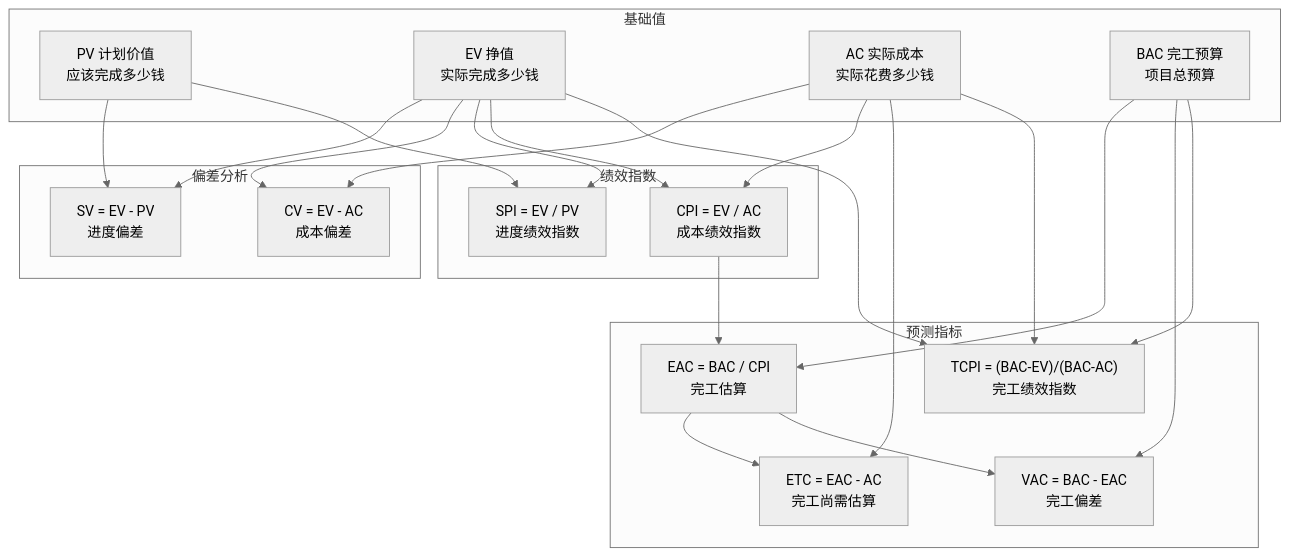
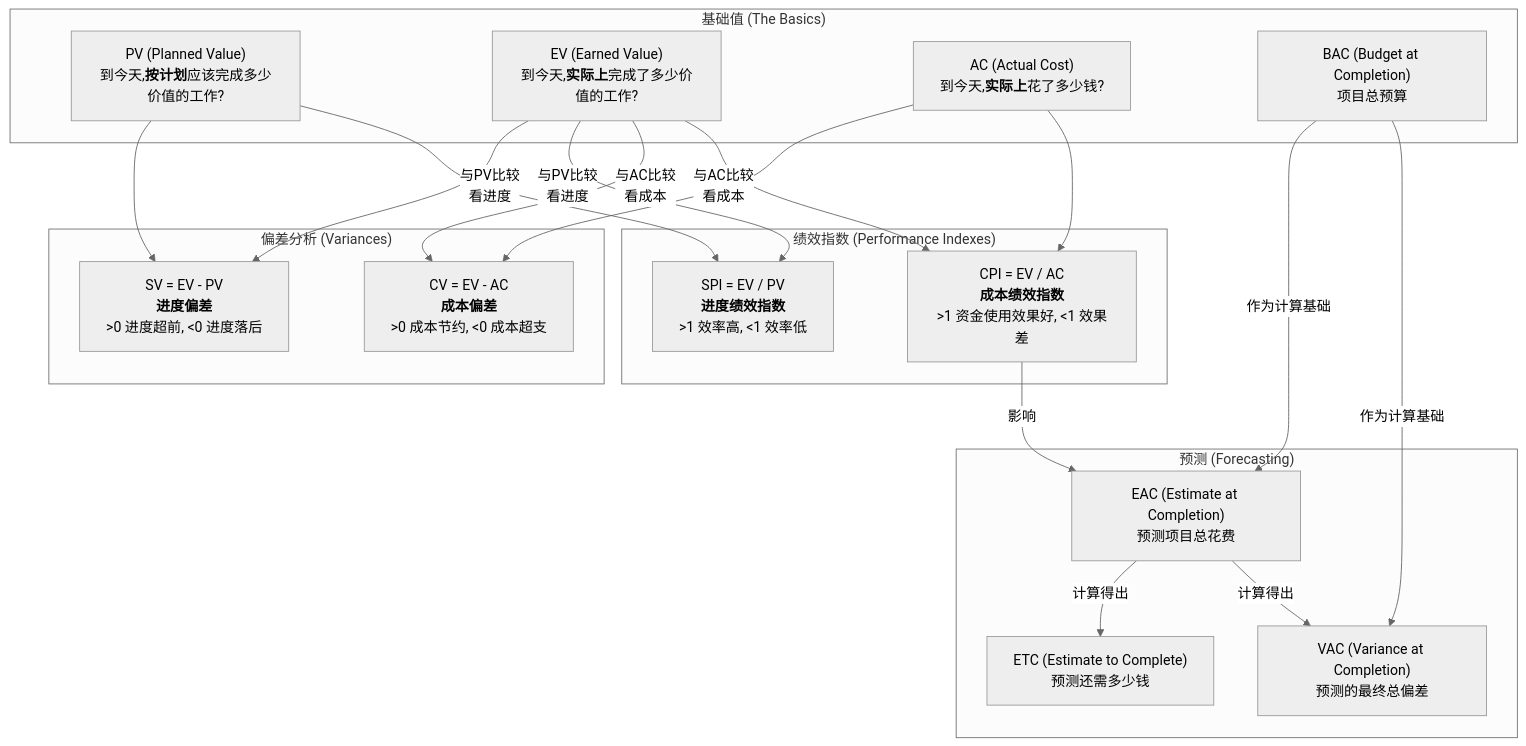
Before and after one commit to 7kolor/pmp-notes: the third of 4 diagrams in notes/02-过程域核心考点精解.md, drawn with Mermaid (neutral theme). The commit also changed other lines of this file and 9 other files, not shown here.

````diff
--- a/notes/02-过程域核心考点精解.md
+++ b/notes/02-过程域核心考点精解.md
@@ -181,47 +158,33 @@
-    ```mermaid
-    graph TB
-        subgraph 基础值
-            PV[PV 计划价值<br/>应该完成多少钱]
-            EV[EV 挣值<br/>实际完成多少钱]
-            AC[AC 实际成本<br/>实际花费多少钱]
-            BAC[BAC 完工预算<br/>项目总预算]
-        end
-        
-        subgraph 偏差分析
-            SV[SV = EV - PV<br/>进度偏差]
-            CV[CV = EV - AC<br/>成本偏差]
-        end
-        
-        subgraph 绩效指数
-            SPI[SPI = EV / PV<br/>进度绩效指数]
-            CPI[CPI = EV / AC<br/>成本绩效指数]
-        end
-        
-        subgraph 预测指标
-            EAC[EAC = BAC / CPI<br/>完工估算]
-            ETC[ETC = EAC - AC<br/>完工尚需估算]
-            VAC[VAC = BAC - EAC<br/>完工偏差]
-            TCPI["TCPI = (BAC-EV)/(BAC-AC)<br/>完工绩效指数"]
-        end
-        
-        EV --> SV
-        PV --> SV
-        EV --> CV
-        AC --> CV
-        
-        EV --> SPI
-        PV --> SPI
-        EV --> CPI
-        AC --> CPI
-        
-        BAC --> EAC
-        CPI --> EAC
-        EAC --> ETC
-        AC --> ETC
-        BAC --> VAC
-        EAC --> VAC
-        
-        BAC --> TCPI
-        EV --> TCPI
-        AC --> TCPI
-    ```
+```mermaid
+graph TD
+    subgraph "基础值 (The Basics)"
+        PV["PV (Planned Value)<br>到今天,<b>按计划</b>应该完成多少价值的工作?"]
+        EV["EV (Earned Value)<br>到今天,<b>实际上</b>完成了多少价值的工作?"]
+        AC["AC (Actual Cost)<br>到今天,<b>实际上</b>花了多少钱?"]
+        BAC["BAC (Budget at Completion)<br>项目总预算"]
+    end
+    
+    subgraph "偏差分析 (Variances)"
+        SV["SV = EV - PV<br><b>进度偏差</b><br>>0 进度超前, <0 进度落后"]
+        CV["CV = EV - AC<br><b>成本偏差</b><br>>0 成本节约, <0 成本超支"]
+    end
+    
+    subgraph "绩效指数 (Performance Indexes)"
+        SPI["SPI = EV / PV<br><b>进度绩效指数</b><br>>1 效率高, <1 效率低"]
+        CPI["CPI = EV / AC<br><b>成本绩效指数</b><br>>1 资金使用效果好, <1 效果差"]
+    end
+    
+    subgraph "预测 (Forecasting)"
+        EAC["EAC (Estimate at Completion)<br>预测项目总花费"]
+        ETC["ETC (Estimate to Complete)<br>预测还需多少钱"]
+        VAC["VAC (Variance at Completion)<br>预测的最终总偏差"]
+    end
+    
+    EV -- "与PV比较<br>看进度" --> SV & SPI
+    PV -- " " --> SV & SPI
+    EV -- "与AC比较<br>看成本" --> CV & CPI
+    AC -- " " --> CV & CPI
+    BAC -- "作为计算基础" --> EAC & VAC
+    CPI -- "影响" --> EAC
+    EAC -- "计算得出" --> ETC & VAC
+```
````
